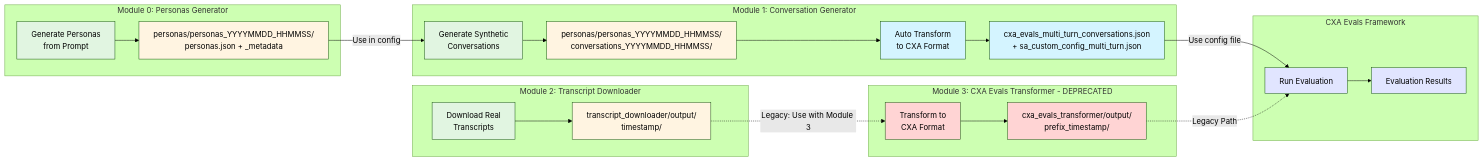
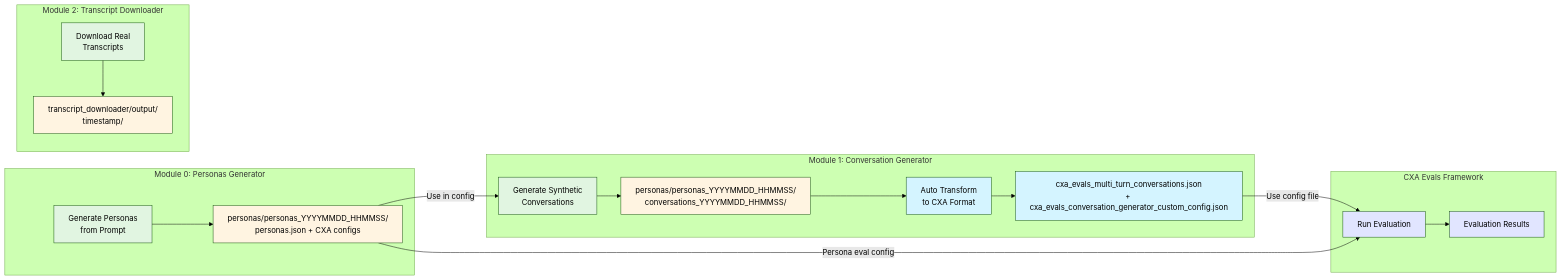
The diagram in README.md (taponidhi-ms/simulation-agent-evals), drawn with Mermaid (forest theme) before and after one commit. The commit also changed other lines of this file and 13 other files, not shown here.

Commit message:
Remove standalone cxa_evals_transformer and update documentation

````diff
--- a/README.md
+++ b/README.md
@@ -7,42 +7,35 @@
 ```mermaid
 flowchart LR
     subgraph Module0[Module 0: Personas Generator]
-        PA[Generate Personas<br/>from Prompt] --> PB[personas/personas_YYYYMMDD_HHMMSS/<br/>personas.json + _metadata]
+        PA[Generate Personas<br/>from Prompt] --> PB[personas/personas_YYYYMMDD_HHMMSS/<br/>personas.json + CXA configs]
     end
     
     subgraph Module1[Module 1: Conversation Generator]
         A[Generate Synthetic<br/>Conversations] --> B[personas/personas_YYYYMMDD_HHMMSS/<br/>conversations_YYYYMMDD_HHMMSS/]
         B --> B1[Auto Transform<br/>to CXA Format]
-        B1 --> B2[cxa_evals_multi_turn_conversations.json<br/>+ sa_custom_config_multi_turn.json]
+        B1 --> B2[cxa_evals_multi_turn_conversations.json<br/>+ cxa_evals_conversation_generator_custom_config.json]
     end
     
     subgraph Module2[Module 2: Transcript Downloader]
         C[Download Real<br/>Transcripts] --> D[transcript_downloader/output/<br/>timestamp/]
-    end
-    
-    subgraph Module3[Module 3: CXA Evals Transformer - DEPRECATED]
-        E[Transform to<br/>CXA Format] --> F[cxa_evals_transformer/output/<br/>prefix_timestamp/]
     end
     
     subgraph External[CXA Evals Framework]
         G[Run Evaluation] --> H[Evaluation Results]
     end
     
     PB -->|Use in config| A
     B2 -->|Use config file| G
-    D -.->|Legacy: Use with Module 3| E
-    F -.->|Legacy Path| G
+    PB -->|Persona eval config| G
     
     style PA fill:#e1f5e1
     style A fill:#e1f5e1
     style C fill:#e1f5e1
-    style E fill:#ffd4d4
     style G fill:#e1e5ff
     style PB fill:#fff4e1
     style B fill:#fff4e1
     style B1 fill:#d4f4ff
     style B2 fill:#d4f4ff
     style D fill:#fff4e1
-    style F fill:#ffd4d4
     style H fill:#e1e5ff
 ```
````
